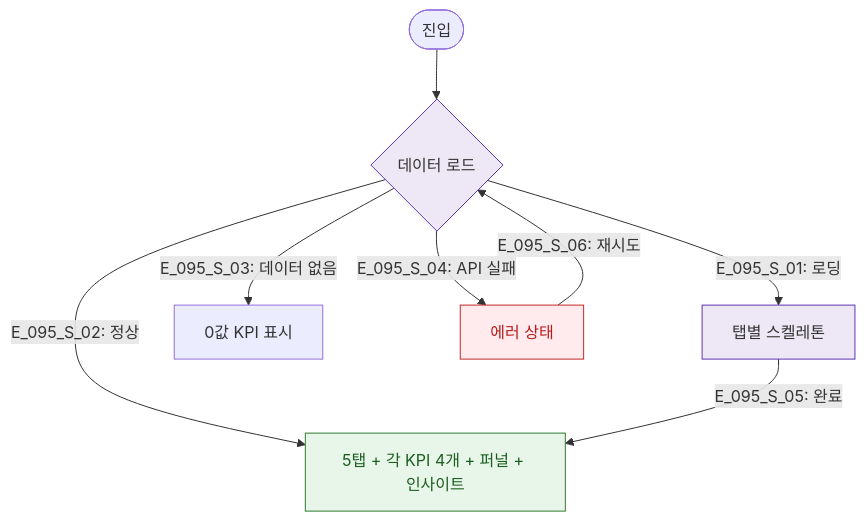
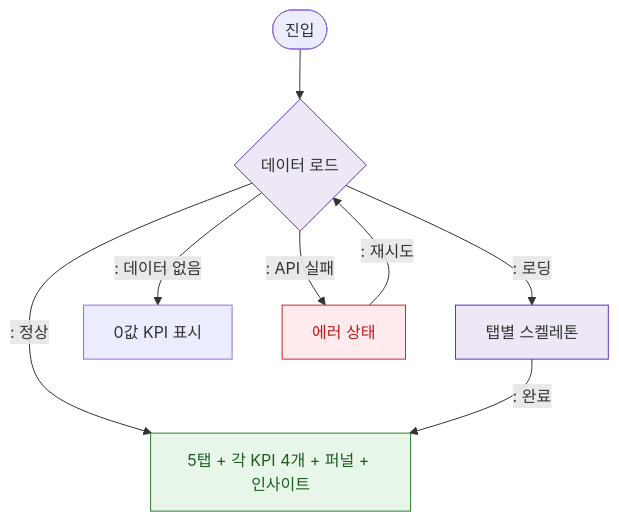
One commit to dev-spogym/admin-pando changed the diagram in docs/다이어그램/D10_본사관리/SCR-095_KPI프리뷰보드/F6_상태별.md. Above: the diagram before and after it, drawn with Mermaid. The commit also changed other lines of this file and 1660 other files, not shown here.

First line of the commit message:
다이어그램: 기획자/클라이언트 납품본으로 정리

````diff
--- a/docs/다이어그램/D10_본사관리/SCR-095_KPI프리뷰보드/F6_상태별.md
+++ b/docs/다이어그램/D10_본사관리/SCR-095_KPI프리뷰보드/F6_상태별.md
@@ -14,21 +12,21 @@
 ```mermaid
 flowchart TD
   Entry([진입]) --> Load{데이터 로드}
 
-  Load -->|"E_095_S_01: 로딩"| Loading[탭별 스켈레톤]
-  Load -->|"E_095_S_02: 정상"| Normal[5탭 + 각 KPI 4개 + 퍼널 + 인사이트]
-  Load -->|"E_095_S_03: 데이터 없음"| Empty[0값 KPI 표시]
-  Load -->|"E_095_S_04: API 실패"| Error[에러 상태]
+  Load -->|": 로딩"|Loading[탭별 스켈레톤]
+  Load -->|": 정상"|Normal[5탭 + 각 KPI 4개 + 퍼널 + 인사이트]
+  Load -->|": 데이터 없음"|Empty[0값 KPI 표시]
+  Load -->|": API 실패"|Error[에러 상태]
 
-  Loading -->|"E_095_S_05: 완료"| Normal
-  Error -->|"E_095_S_06: 재시도"| Load
+  Loading -->|": 완료"|Normal
+  Error -->|": 재시도"|Load
 
   classDef screen fill:#E3F2FD,stroke:#1976D2,color:#0D47A1
   classDef system fill:#EDE7F6,stroke:#5E35B2
   classDef error fill:#FFEBEE,stroke:#C62828,color:#B71C1C
   classDef success fill:#E8F5E9,stroke:#2E7D32,color:#1B5E20
 
   class Normal success
   class Loading,Load system
   class Error error
 ```
````
